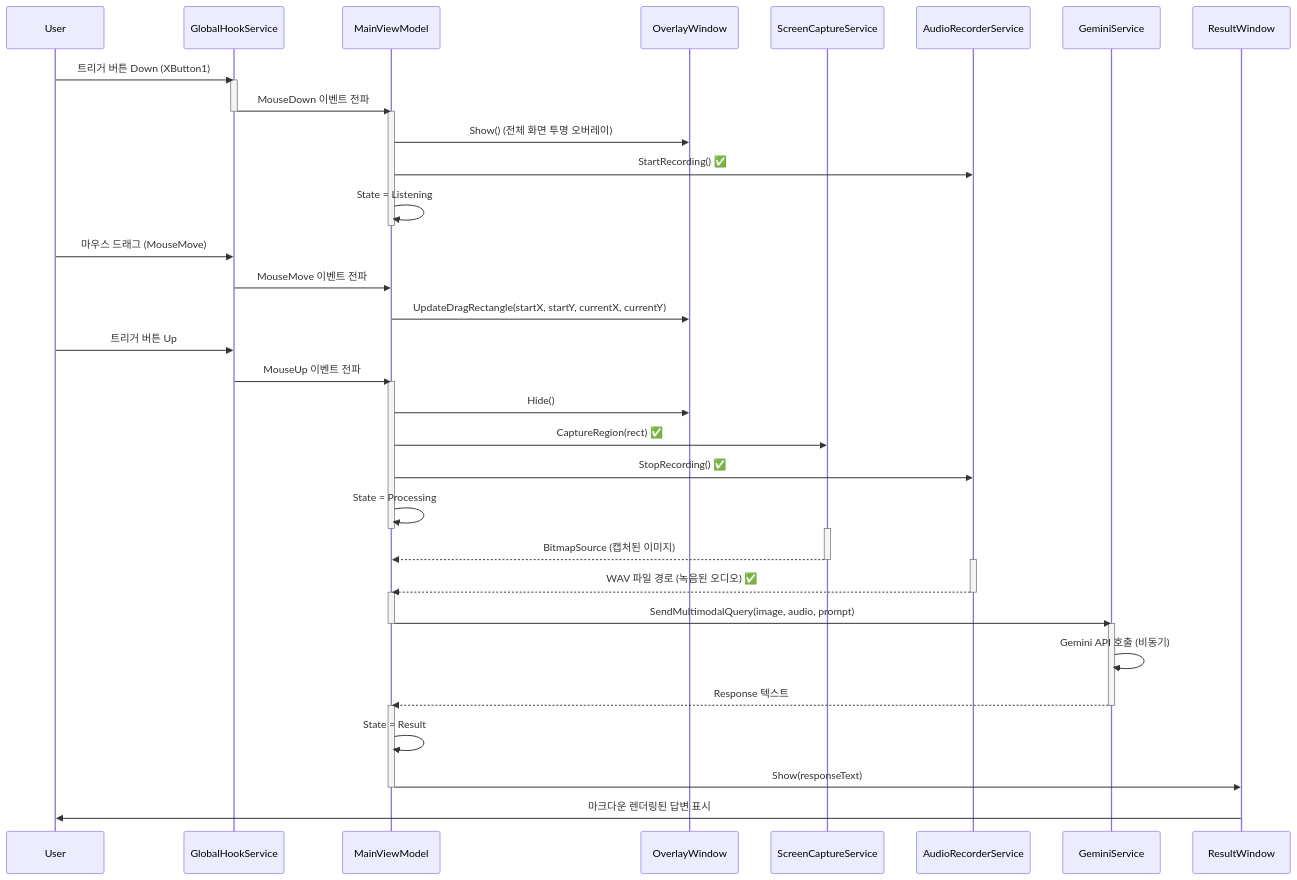
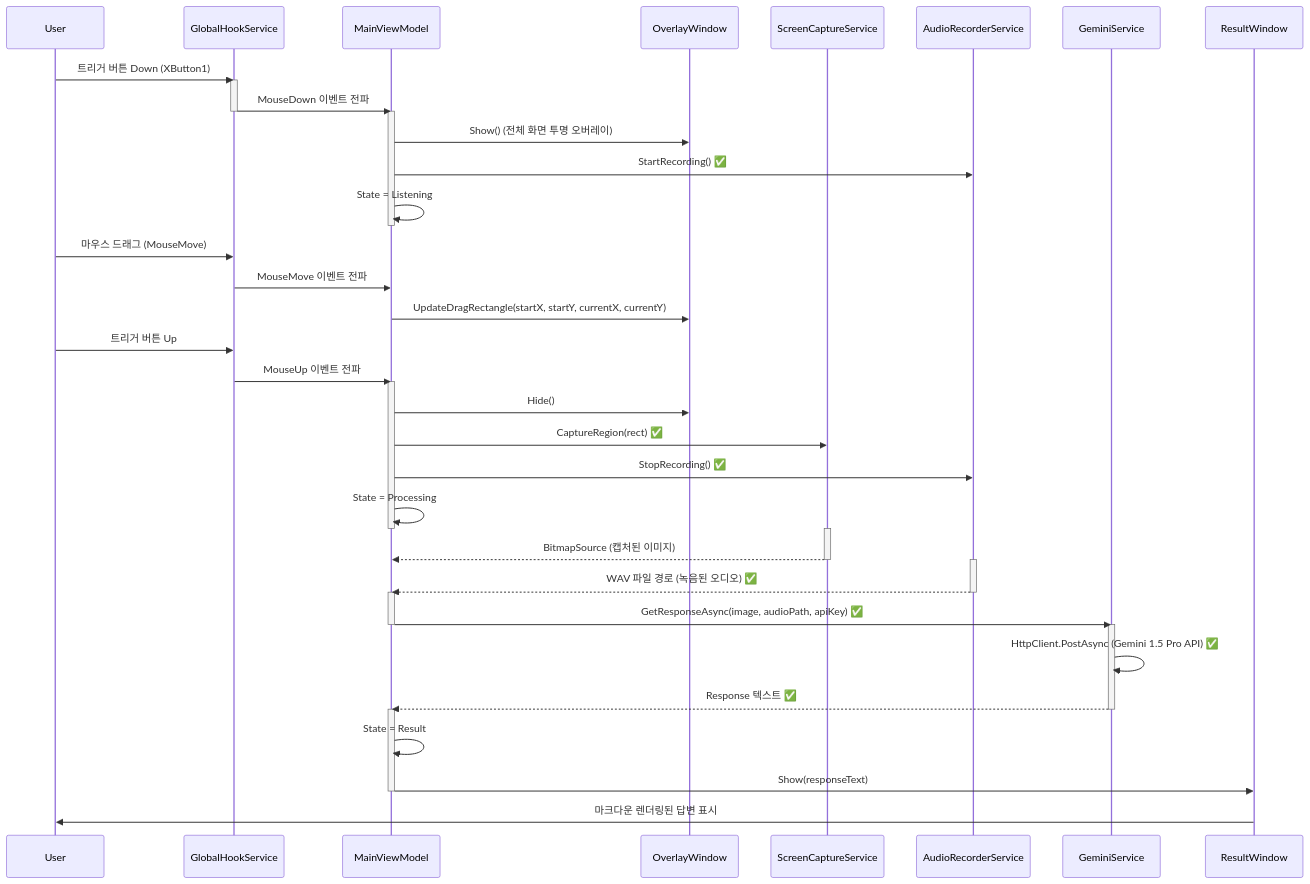
One commit to dreamwars99/AI_mouse changed the first of 4 diagrams in md/Architecture.md. Above: the diagram before and after it, drawn with Mermaid. The commit also changed other lines of this file and 8 other files, not shown here.

First line of the commit message:
Phase 3.1 완료 - Gemini 1.5 Pro API 연동 및 멀티모달 통신 구현 (13차)

````diff
--- a/md/Architecture.md
+++ b/md/Architecture.md
@@ -12,60 +12,60 @@
 ```mermaid
 sequenceDiagram
     participant User
     participant Hook as GlobalHookService
     participant VM as MainViewModel
     participant Overlay as OverlayWindow
     participant Capture as ScreenCaptureService
     participant Audio as AudioRecorderService
     participant AI as GeminiService
     participant Result as ResultWindow
 
     User->>Hook: 트리거 버튼 Down (XButton1)
     activate Hook
     Hook->>VM: MouseDown 이벤트 전파
     deactivate Hook
     
     activate VM
     VM->>Overlay: Show() (전체 화면 투명 오버레이)
     VM->>Audio: StartRecording() ✅
     VM->>VM: State = Listening
     deactivate VM
     
     User->>Hook: 마우스 드래그 (MouseMove)
     Hook->>VM: MouseMove 이벤트 전파
     VM->>Overlay: UpdateDragRectangle(startX, startY, currentX, currentY)
     
     User->>Hook: 트리거 버튼 Up
     Hook->>VM: MouseUp 이벤트 전파
     
     activate VM
     VM->>Overlay: Hide()
     VM->>Capture: CaptureRegion(rect) ✅
     VM->>Audio: StopRecording() ✅
     VM->>VM: State = Processing
     deactivate VM
     
     activate Capture
     Capture-->>VM: BitmapSource (캡처된 이미지)
     deactivate Capture
     
     activate Audio
     Audio-->>VM: WAV 파일 경로 (녹음된 오디오) ✅
     deactivate Audio
     
     activate VM
-    VM->>AI: SendMultimodalQuery(image, audio, prompt)
+    VM->>AI: GetResponseAsync(image, audioPath, apiKey) ✅
     deactivate VM
     
     activate AI
-    AI->>AI: Gemini API 호출 (비동기)
-    AI-->>VM: Response 텍스트
+    AI->>AI: HttpClient.PostAsync (Gemini 1.5 Pro API) ✅
+    AI-->>VM: Response 텍스트 ✅
     deactivate AI
     
     activate VM
     VM->>VM: State = Result
     VM->>Result: Show(responseText)
     deactivate VM
     
     Result->>User: 마크다운 렌더링된 답변 표시
 ```
````
